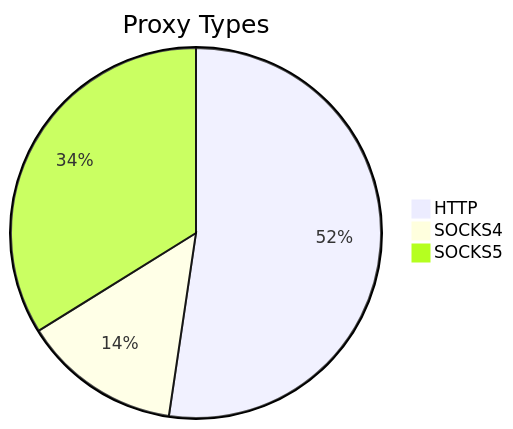
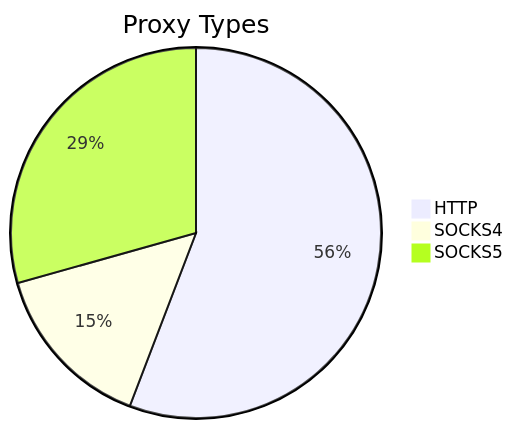
Before and after one commit to stormsia/proxy-list: the first of 2 diagrams in README.md, drawn with Mermaid. The commit also changed other lines of this file, not shown here.

````diff
--- a/README.md
+++ b/README.md
@@ -21,6 +21,6 @@
 ```mermaid
 pie title Proxy Types
-    "HTTP" : 201
-    "SOCKS4" : 53
-    "SOCKS5" : 130
+    "HTTP" : 192
+    "SOCKS4" : 51
+    "SOCKS5" : 101
 ```
````
